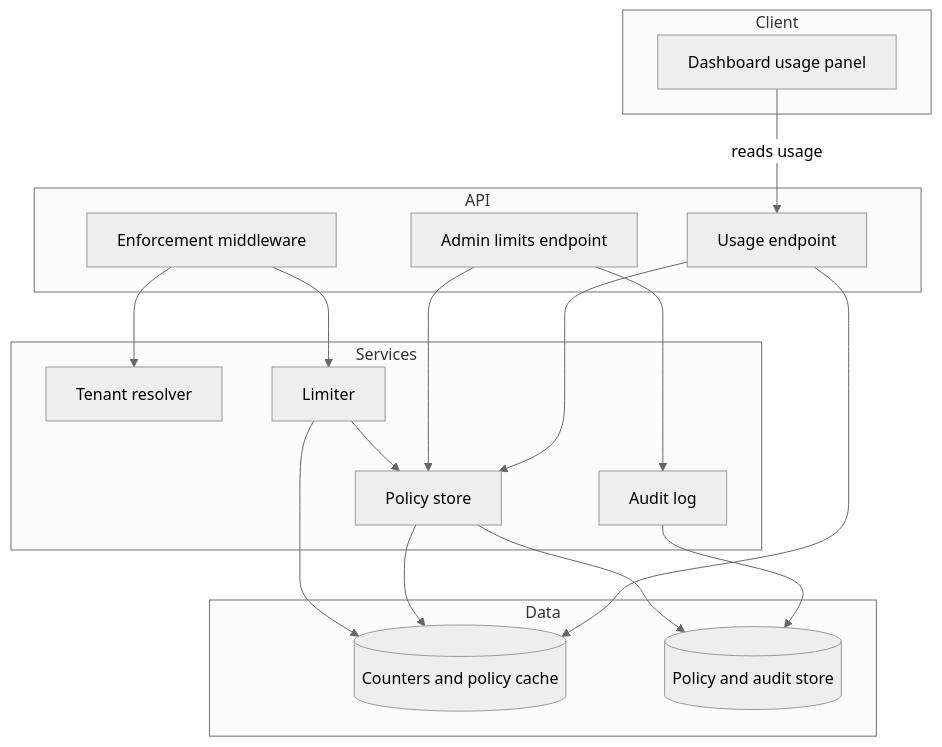
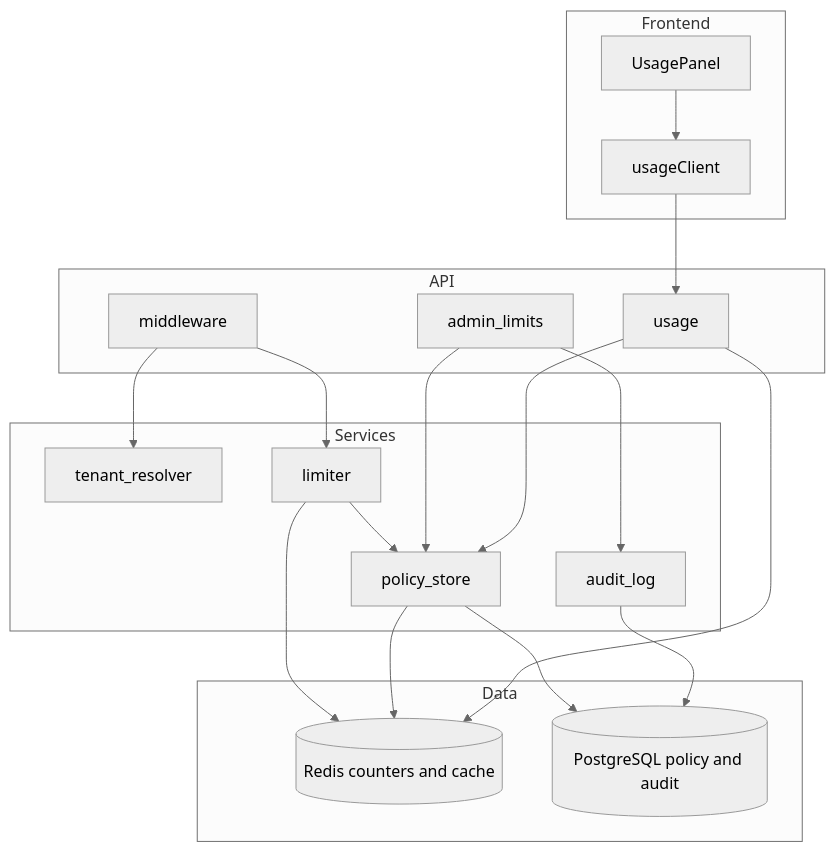
One commit to d0whc3r/spec-kit-product changed the first of 5 diagrams in examples/specs/001-tenant-rate-limiting/product/30-design.md. Above: the diagram before and after it, drawn with Mermaid (neutral theme). The commit also changed other lines of this file and 5 other files, not shown here.

First line of the commit message:
Refactor technical design and checklist for Per-Tenant API Rate Limiting feature

````diff
--- a/examples/specs/001-tenant-rate-limiting/product/30-design.md
+++ b/examples/specs/001-tenant-rate-limiting/product/30-design.md
@@ -45,33 +46,35 @@
 ```mermaid
 flowchart TD
-    subgraph Client
-        UI[Dashboard usage panel]
+    subgraph Frontend
+        UsagePanel[UsagePanel]
+        UsageClient[usageClient]
     end
     subgraph API
-        MW[Enforcement middleware]
-        ADM[Admin limits endpoint]
-        USG[Usage endpoint]
+        Middleware[middleware]
+        AdminLimits[admin_limits]
+        UsageAPI[usage]
     end
     subgraph Services
-        TR[Tenant resolver]
-        LIM[Limiter]
-        PS[Policy store]
-        AUD[Audit log]
+        TenantResolver[tenant_resolver]
+        Limiter[limiter]
+        PolicyStore[policy_store]
+        AuditLog[audit_log]
     end
     subgraph Data
-        RED[(Counters and policy cache)]
-        PG[(Policy and audit store)]
+        Redis[(Redis counters and cache)]
+        Postgres[(PostgreSQL policy and audit)]
     end
-    UI -->|reads usage| USG
-    MW --> TR
-    MW --> LIM
-    LIM --> RED
-    LIM --> PS
-    PS --> RED
-    PS --> PG
-    ADM --> PS
-    ADM --> AUD
-    AUD --> PG
-    USG --> RED
-    USG --> PS
+    UsagePanel --> UsageClient
+    UsageClient --> UsageAPI
+    Middleware --> TenantResolver
+    Middleware --> Limiter
+    Limiter --> PolicyStore
+    Limiter --> Redis
+    PolicyStore --> Redis
+    PolicyStore --> Postgres
+    AdminLimits --> PolicyStore
+    AdminLimits --> AuditLog
+    AuditLog --> Postgres
+    UsageAPI --> PolicyStore
+    UsageAPI --> Redis
 ```
````
